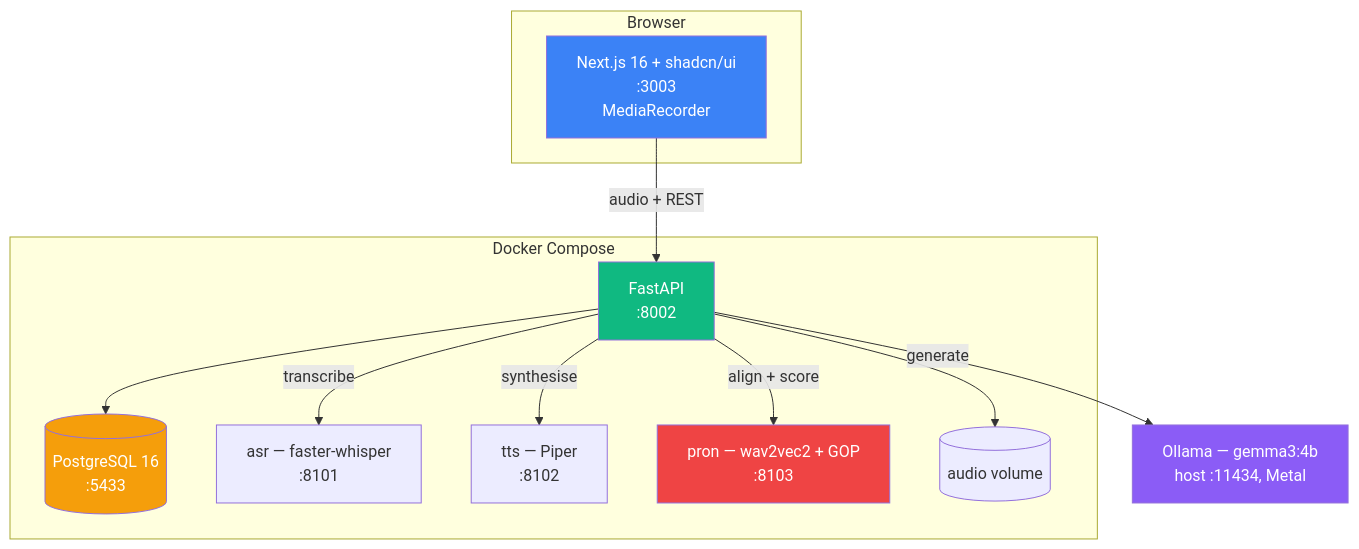
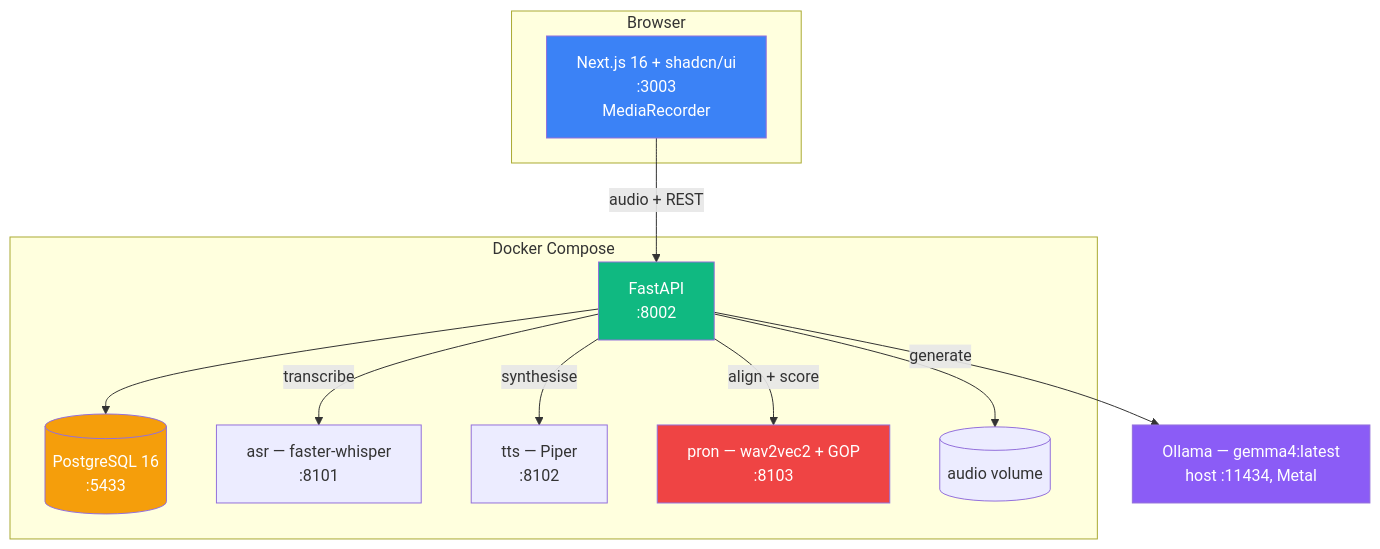
The diagram in PRD.md (Luisfelipecruz/speaklab), drawn with Mermaid before and after one commit. The commit also changed other lines of this file and 24 other files, not shown here.

````diff
--- a/PRD.md
+++ b/PRD.md
@@ -387,31 +387,31 @@
 ```mermaid
 graph TB
     subgraph Browser
         FE["Next.js 16 + shadcn/ui<br/>:3003<br/>MediaRecorder"]
     end
 
     subgraph "Docker Compose"
         API["FastAPI<br/>:8002"]
         DB[("PostgreSQL 16<br/>:5433")]
         ASR["asr — faster-whisper<br/>:8101"]
         TTS["tts — Piper<br/>:8102"]
         PRON["pron — wav2vec2 + GOP<br/>:8103"]
         AUD[("audio volume")]
     end
 
-    OLL["Ollama — gemma3:4b<br/>host :11434, Metal"]
+    OLL["Ollama — gemma4:latest<br/>host :11434, Metal"]
 
     FE -->|"audio + REST"| API
     API --> DB
     API --> AUD
     API -->|"transcribe"| ASR
     API -->|"synthesise"| TTS
     API -->|"align + score"| PRON
     API -->|"generate"| OLL
 
     style FE fill:#3b82f6,color:#fff
     style API fill:#10b981,color:#fff
     style DB fill:#f59e0b,color:#fff
     style PRON fill:#ef4444,color:#fff
     style OLL fill:#8b5cf6,color:#fff
 ```
````
